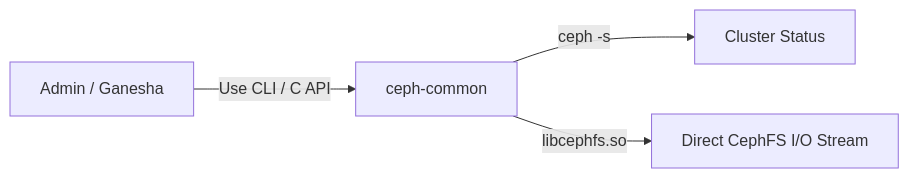
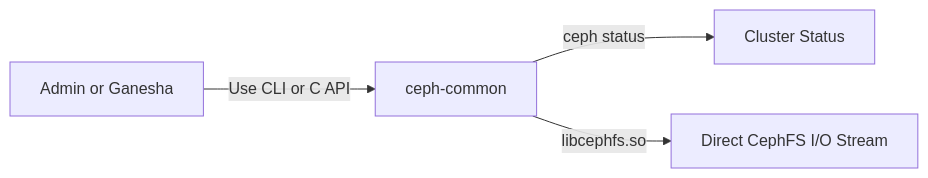
One commit to seang454/nfs-cluster changed the seventh of 14 diagrams in nfs-cluster/HA-NFS-Ceph-Architecture-Guide.md. Above: the diagram before and after it, drawn with Mermaid. The commit also changed other lines of this file, not shown here.

````diff
--- a/nfs-cluster/HA-NFS-Ceph-Architecture-Guide.md
+++ b/nfs-cluster/HA-NFS-Ceph-Architecture-Guide.md
@@ -224,6 +288,6 @@
 ```mermaid
 flowchart LR
-    Admin["Admin / Ganesha"] -->|Use CLI / C API| CephCommon["ceph-common"]
-    CephCommon -->|ceph -s| Status["Cluster Status"]
-    CephCommon -->|libcephfs.so| NativeIO["Direct CephFS I/O Stream"]
+    Admin["Admin or Ganesha"] -->|"Use CLI or C API"| CephCommon["ceph-common"]
+    CephCommon -->|"ceph status"| Status["Cluster Status"]
+    CephCommon -->|"libcephfs.so"| NativeIO["Direct CephFS I/O Stream"]
 ```
````
